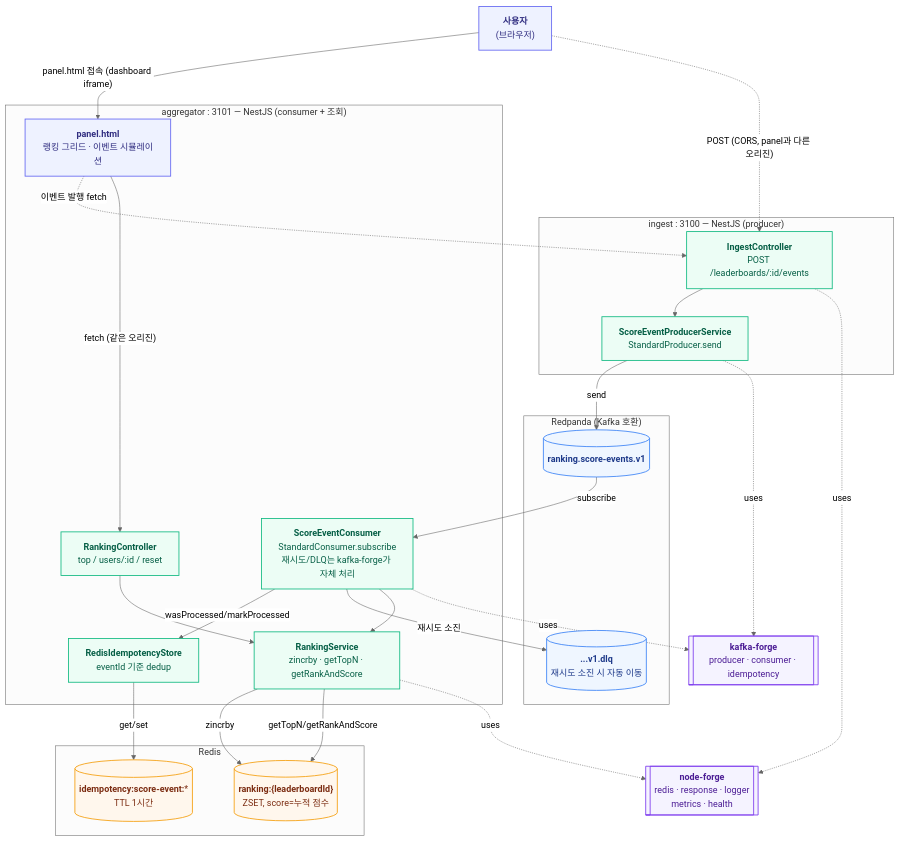
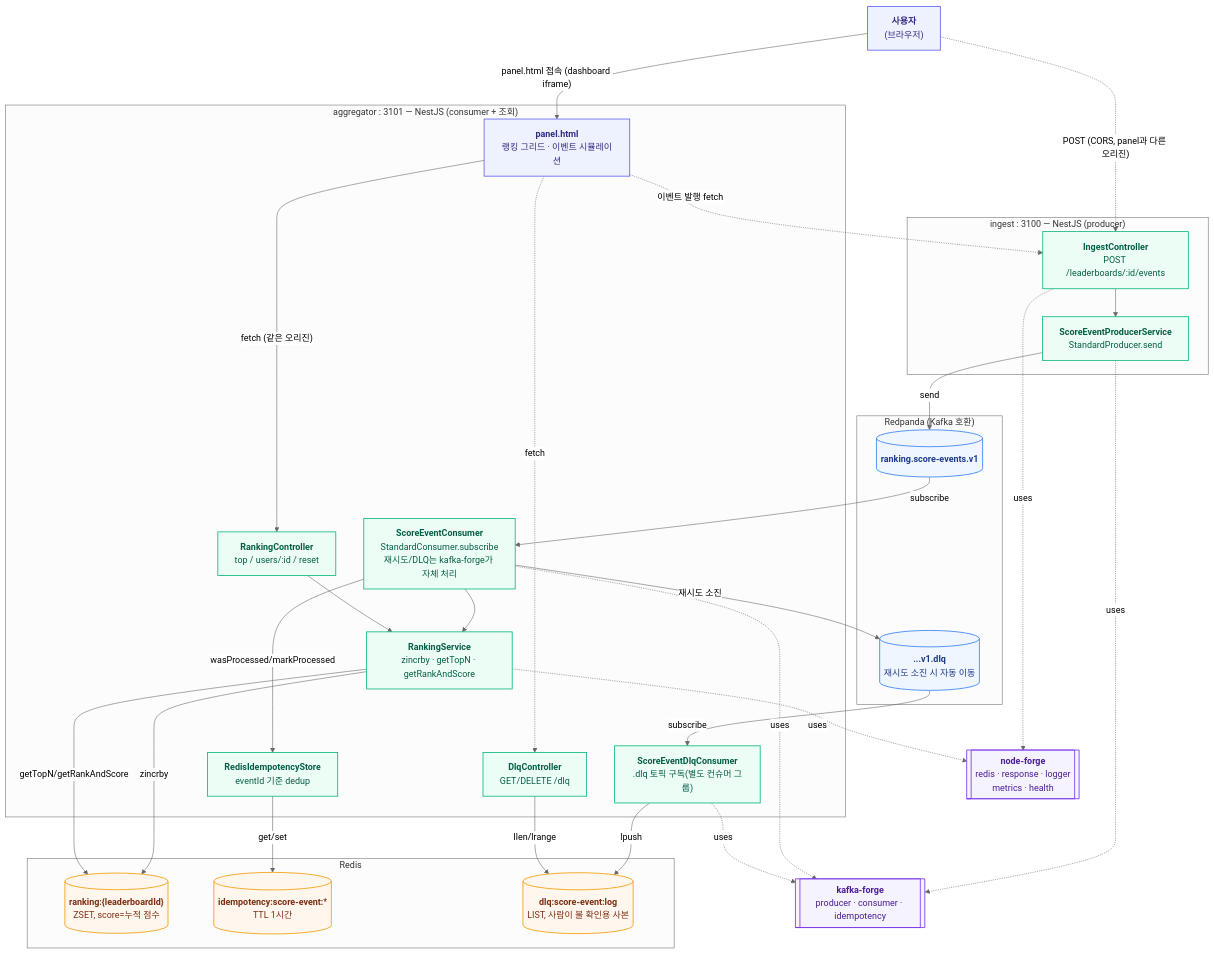
The diagram in services/live-ranking/ARCHITECTURE.md (paikpaik/forgeLab), drawn with Mermaid (neutral theme) before and after one commit. The commit also changed other lines of this file and 17 other files, not shown here.

````diff
--- a/services/live-ranking/ARCHITECTURE.md
+++ b/services/live-ranking/ARCHITECTURE.md
@@ -35,6 +35,10 @@
         top / users/:id / reset`"]
         RSVC["`**RankingService**
         zincrby · getTopN · getRankAndScore`"]
+        DLQCONS["`**ScoreEventDlqConsumer**
+        .dlq 토픽 구독(별도 컨슈머 그룹)`"]
+        DLQAPI["`**DlqController**
+        GET/DELETE /dlq`"]
     end
 
     subgraph KAFKA["Redpanda (Kafka 호환)"]
@@ -48,6 +52,8 @@
         ZSET, score=누적 점수`")]
         IDEMKEY[("`**idempotency:score-event:***
         TTL 1시간`")]
+        DLQLOG[("`**dlq:score-event:log**
+        LIST, 사람이 볼 확인용 사본`")]
     end
 
     NF[["`**node-forge**
@@ -71,9 +77,14 @@
     RSVC -->|"zincrby"| ZSET
     RAPI --> RSVC
     RSVC -->|"getTopN/getRankAndScore"| ZSET
+    DLQ -->|subscribe| DLQCONS
+    DLQCONS -->|lpush| DLQLOG
+    DLQAPI -->|"llen/lrange"| DLQLOG
+    PANEL -.->|"fetch"| DLQAPI
 
     PROD -.uses.-> KF
     CONS -.uses.-> KF
+    DLQCONS -.uses.-> KF
     IAPI -.uses.-> NF
     RSVC -.uses.-> NF
 
@@ -84,8 +95,8 @@
     classDef forgeNode fill:#f5f3ff,stroke:#7c3aed,stroke-width:1.5px,color:#4c1d95
 
     class U,PANEL entryNode
-    class IAPI,PROD,CONS,IDEM,RAPI,RSVC logicNode
-    class ZSET,IDEMKEY redisNode
+    class IAPI,PROD,CONS,IDEM,RAPI,RSVC,DLQCONS,DLQAPI logicNode
+    class ZSET,IDEMKEY,DLQLOG redisNode
     class TOPIC,DLQ kafkaNode
     class NF,KF forgeNode
 ```
````
